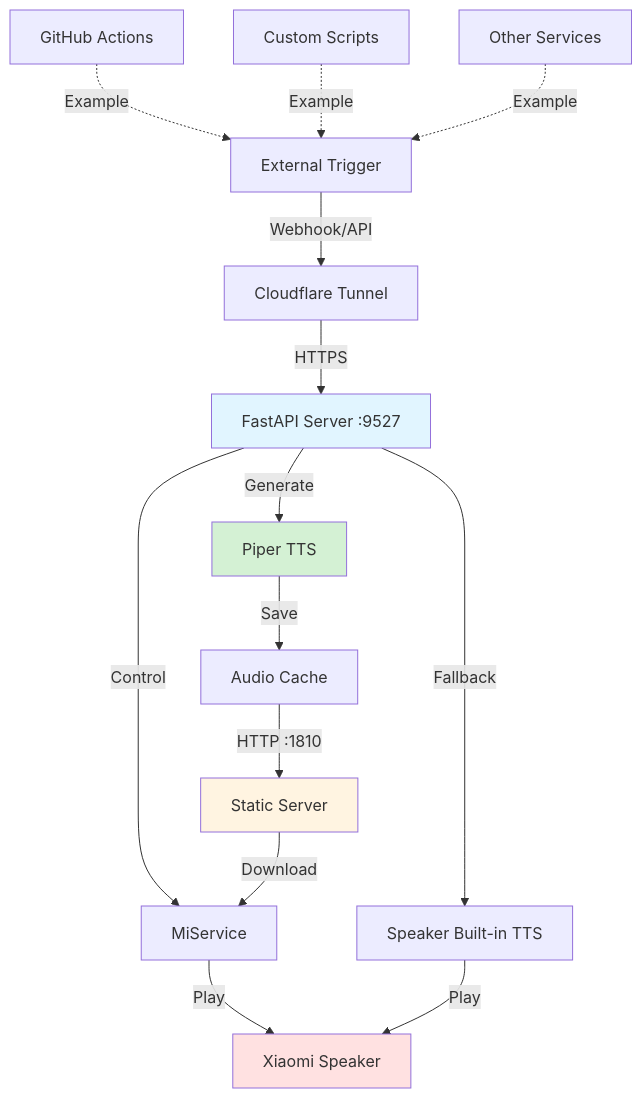
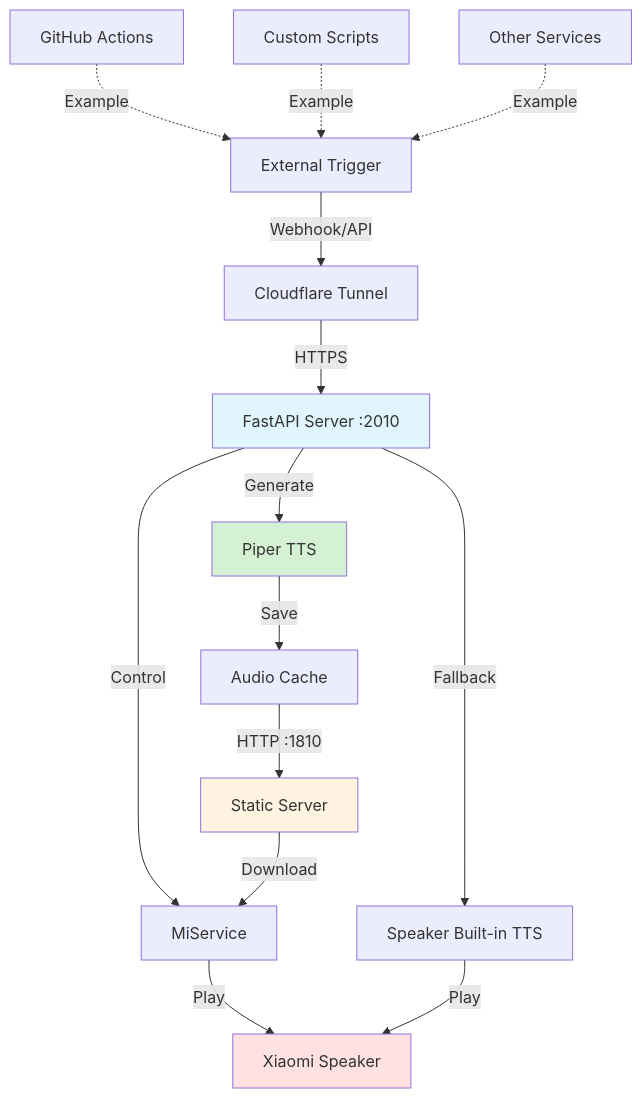
One commit to palemoky/xiaomi-speaker changed the diagram in README.md. Above: the diagram before and after it, drawn with Mermaid. The commit also changed other lines of this file and 5 other files, not shown here.

````diff
--- a/README.md
+++ b/README.md
@@ -33,23 +32,23 @@
 ```mermaid
 graph TD
     A[External Trigger] -->|Webhook/API| B[Cloudflare Tunnel]
-    B -->|HTTPS| C[FastAPI Server :9527]
+    B -->|HTTPS| C[FastAPI Server :2010]
     C -->|Generate| D[Piper TTS]
     D -->|Save| E[Audio Cache]
     C -->|Control| F[MiService]
     E -->|HTTP :1810| G[Static Server]
     G -->|Download| F
     F -->|Play| H[Xiaomi Speaker]
 
     C -->|Fallback| I[Speaker Built-in TTS]
     I -->|Play| H
 
     A1[GitHub Actions] -.->|Example| A
     A2[Custom Scripts] -.->|Example| A
     A3[Other Services] -.->|Example| A
 
     style C fill:#e1f5ff
     style D fill:#d4f1d4
     style G fill:#fff4e1
     style H fill:#ffe1e1
 ```
````
